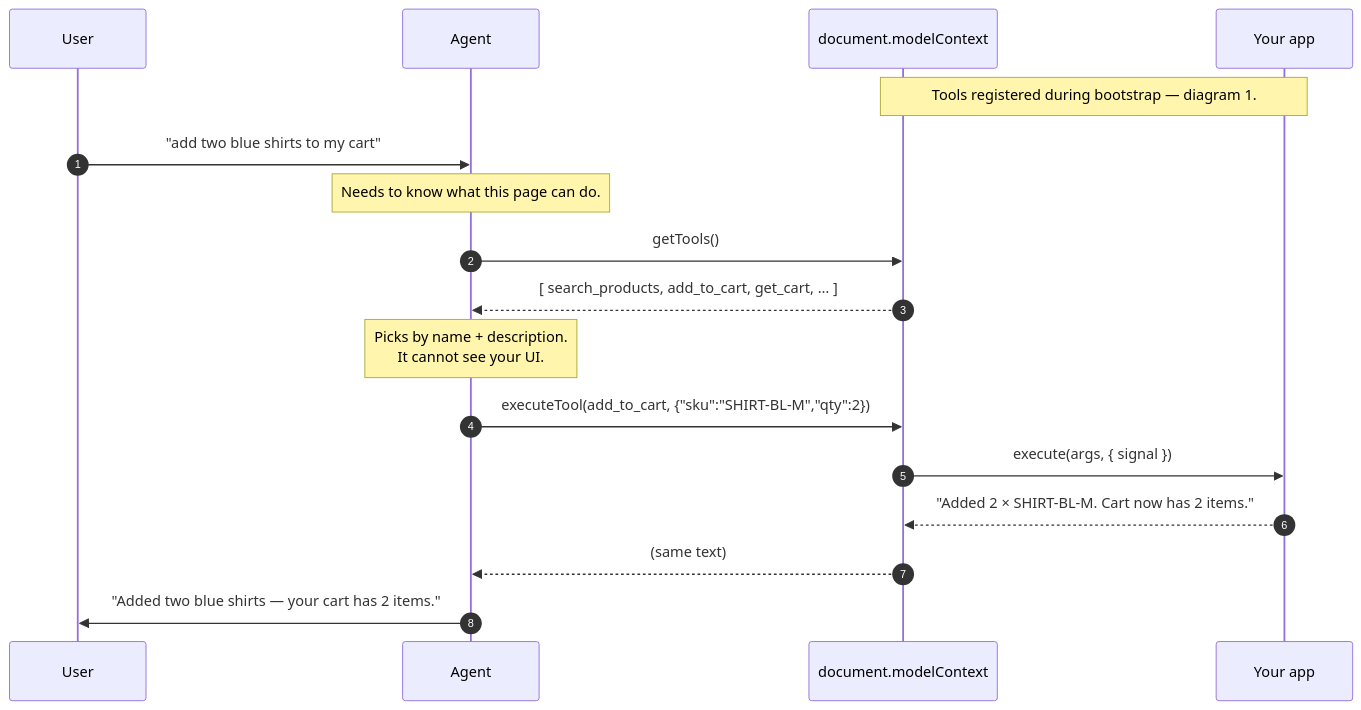
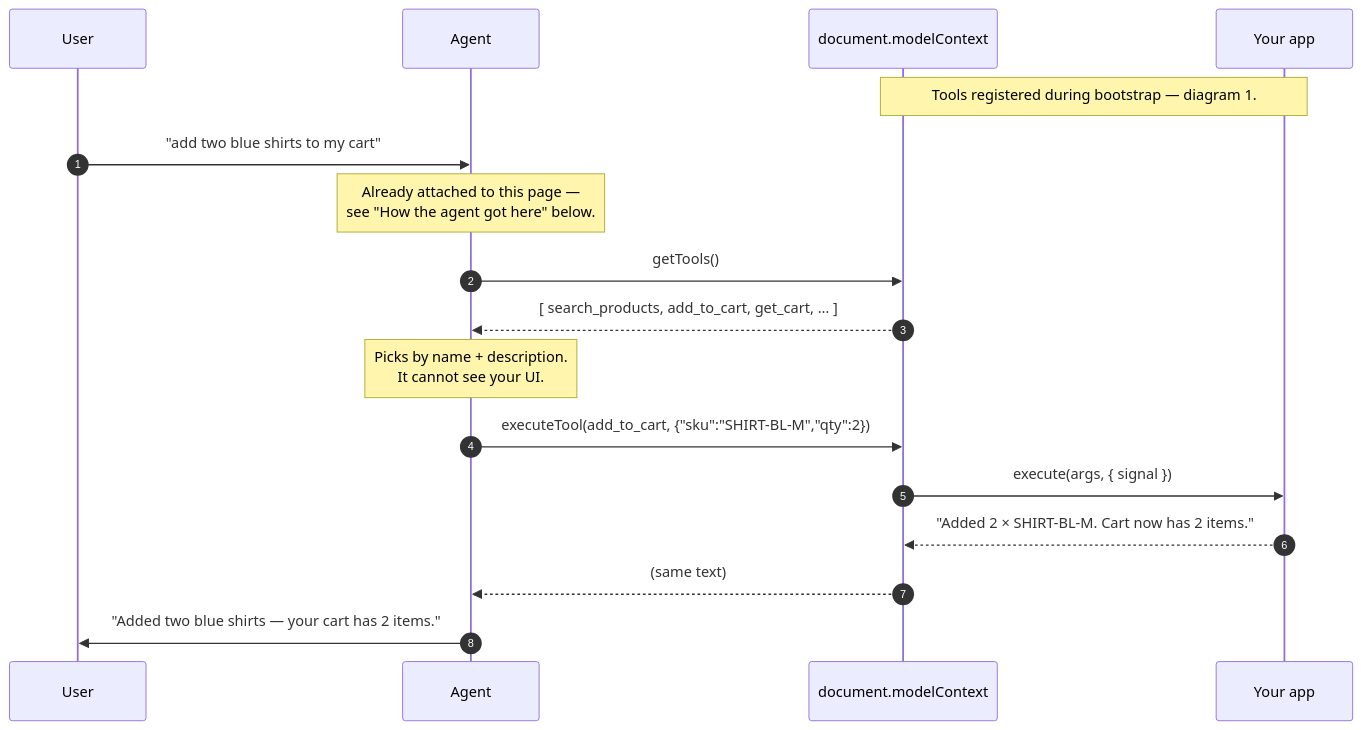
The second of 10 diagrams in docs/architecture/07-lifecycle-sequence.md (hasan1985/webmcp-angular), drawn with Mermaid before and after one commit. The commit also changed other lines of this file and 1 other file, not shown here.

First line of the commit message:
answer how an agent finds a WebMCP page at all

````diff
--- a/docs/architecture/07-lifecycle-sequence.md
+++ b/docs/architecture/07-lifecycle-sequence.md
@@ -65,23 +65,23 @@
 ```mermaid
 sequenceDiagram
     autonumber
     participant User
     participant Agent
     participant MC as document.modelContext
     participant App as Your app
 
     Note over MC,App: Tools registered during bootstrap — diagram 1.
 
     User->>Agent: "add two blue shirts to my cart"
-    Note over Agent: Needs to know what this page can do.
+    Note over Agent: Already attached to this page —<br/>see "How the agent got here" below.
     Agent->>MC: getTools()
     MC-->>Agent: [ search_products, add_to_cart, get_cart, … ]
     Note over Agent: Picks by name + description.<br/>It cannot see your UI.
 
     Agent->>MC: executeTool(add_to_cart, {"sku":"SHIRT-BL-M","qty":2})
     MC->>App: execute(args, { signal })
     App-->>MC: "Added 2 × SHIRT-BL-M. Cart now has 2 items."
     MC-->>Agent: (same text)
 
     Agent->>User: "Added two blue shirts — your cart has 2 items."
 ```
````
